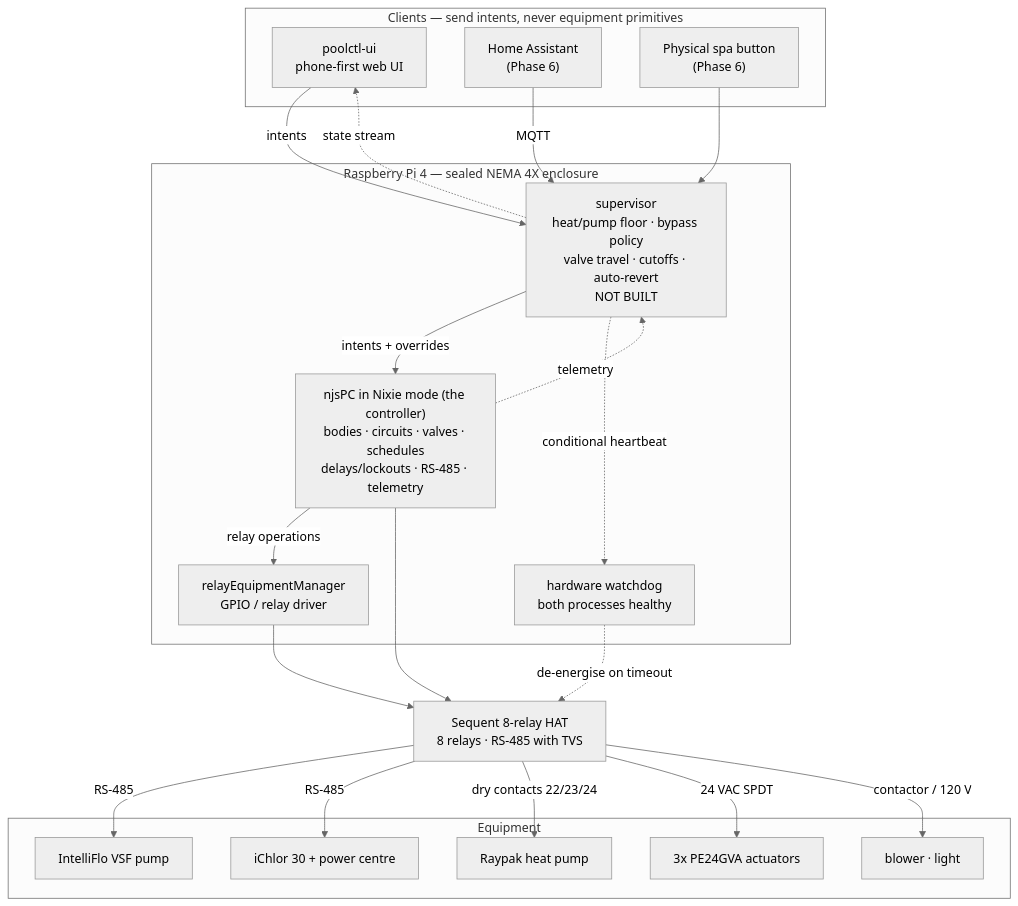
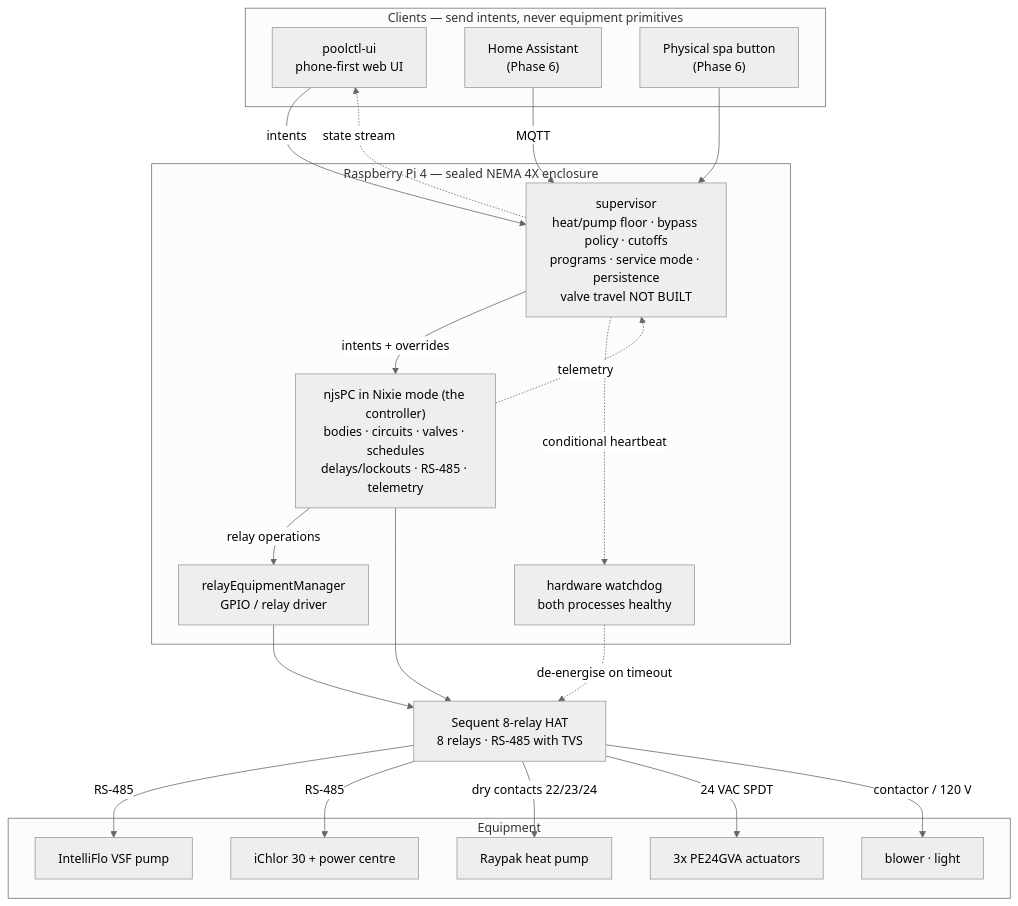
The diagram in docs/architecture.md (j4rs/poolctl), drawn with Mermaid (neutral theme) before and after one commit. The commit also changed other lines of this file and 3 other files, not shown here.

````diff
--- a/docs/architecture.md
+++ b/docs/architecture.md
@@ -16,42 +17,42 @@
 ```mermaid
 flowchart TB
   subgraph clients["Clients — send intents, never equipment primitives"]
     UI["poolctl-ui<br/>phone-first web UI"]
     HA["Home Assistant<br/>(Phase 6)"]
     BTN["Physical spa button<br/>(Phase 6)"]
   end
 
   subgraph pi["Raspberry Pi 4 — sealed NEMA 4X enclosure"]
-    SEQ["supervisor<br/>heat/pump floor · bypass policy<br/>valve travel · cutoffs · auto-revert<br/>NOT BUILT"]
+    SEQ["supervisor<br/>heat/pump floor · bypass policy · cutoffs<br/>programs · service mode · persistence<br/>valve travel NOT BUILT"]
     NJS["njsPC in Nixie mode (the controller)<br/>bodies · circuits · valves · schedules<br/>delays/lockouts · RS-485 · telemetry"]
     REM["relayEquipmentManager<br/>GPIO / relay driver"]
     WD["hardware watchdog<br/>both processes healthy"]
   end
 
   HAT["Sequent 8-relay HAT<br/>8 relays · RS-485 with TVS"]
 
   subgraph equip["Equipment"]
     PUMP["IntelliFlo VSF pump"]
     CELL["iChlor 30 + power centre"]
     HTR["Raypak heat pump"]
     VLV["3x PE24GVA actuators"]
     AUX["blower · light"]
   end
 
   UI -->|intents| SEQ
   HA -->|MQTT| SEQ
   BTN --> SEQ
   SEQ -->|intents + overrides| NJS
   NJS -->|relay operations| REM
   SEQ -.->|conditional heartbeat| WD
   NJS -.->|telemetry| SEQ
   SEQ -.->|state stream| UI
   NJS --> HAT
   REM --> HAT
   WD -.->|de-energise on timeout| HAT
   HAT -->|RS-485| PUMP
   HAT -->|RS-485| CELL
   HAT -->|dry contacts 22/23/24| HTR
   HAT -->|24 VAC SPDT| VLV
   HAT -->|contactor / 120 V| AUX
 ```
````
